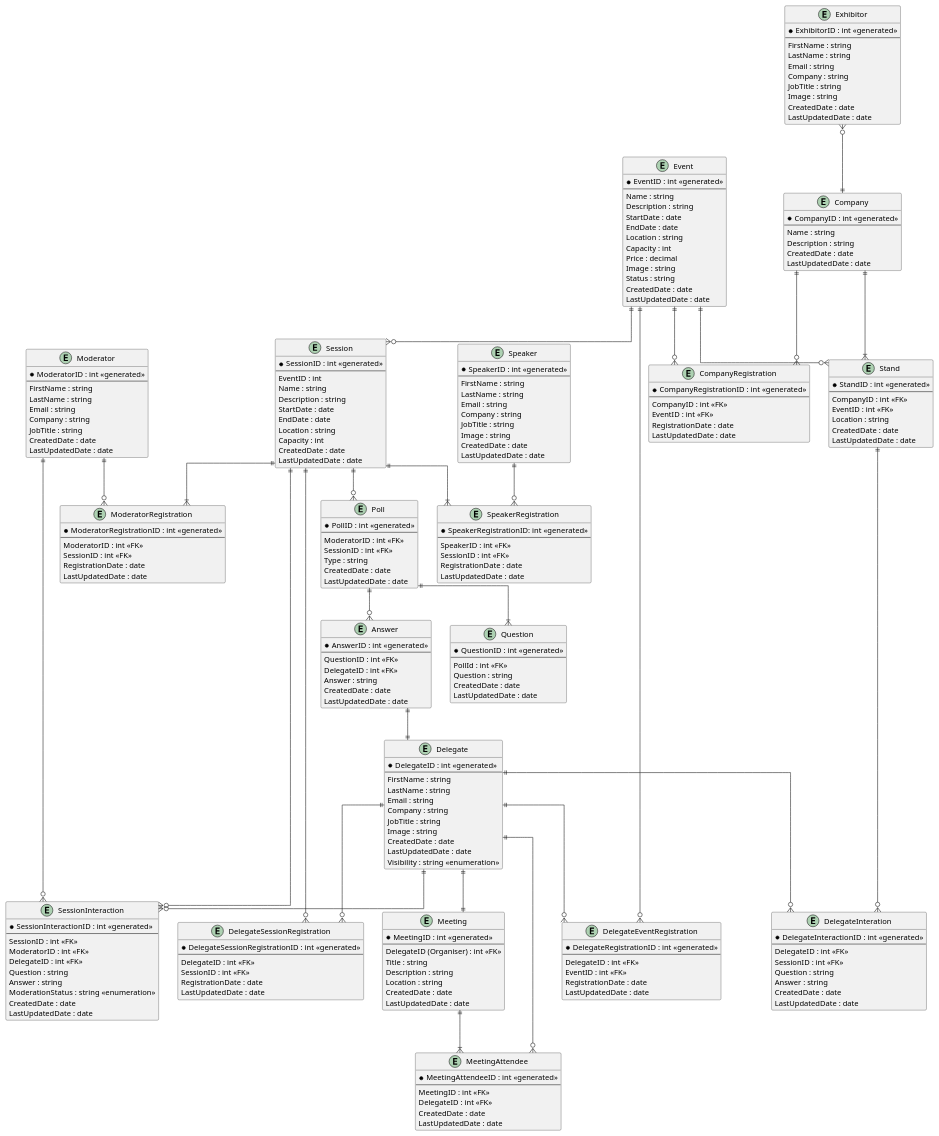
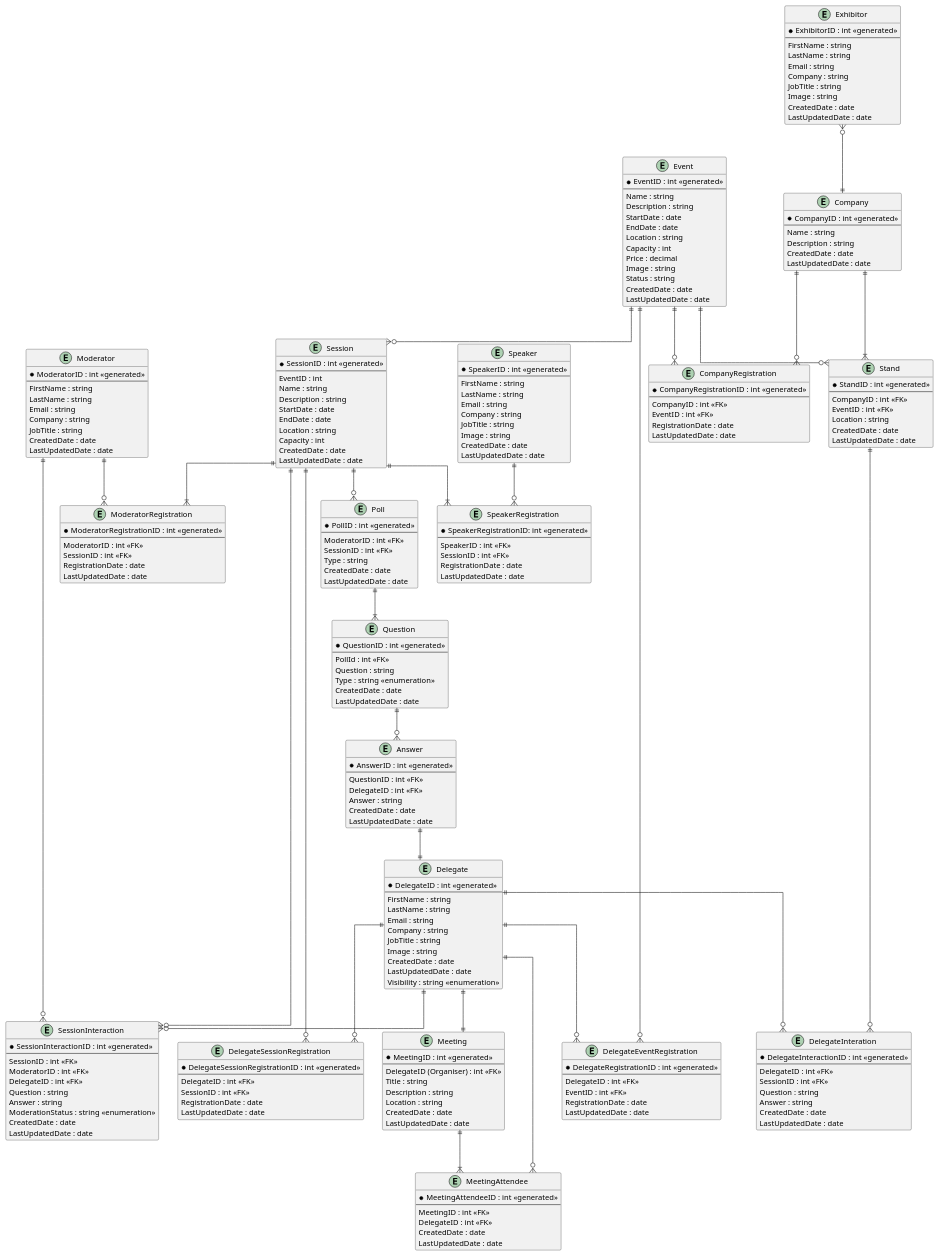
Before and after one commit to CSC-40084-Group-7/BMI2-UML: the diagram in BookMeIn2-EntityRelationshipDiagram.puml, drawn with PlantUML. The commit also changed 1 other file, not shown here.

```diff
--- a/BookMeIn2-EntityRelationshipDiagram.puml
+++ b/BookMeIn2-EntityRelationshipDiagram.puml
@@ -206,6 +206,7 @@
     ---
     PollId : int <<FK>>
     Question : string
+    Type : string <<enumeration>>
     CreatedDate : date
     LastUpdatedDate : date
 }
@@ -270,7 +271,7 @@
 stand ||--o{ delegateinteraction
 
 poll ||--|{ question
-poll ||--o{ answer
+question ||--o{ answer
 
 session ||--o{ poll
 answer ||--|| delegate
```
